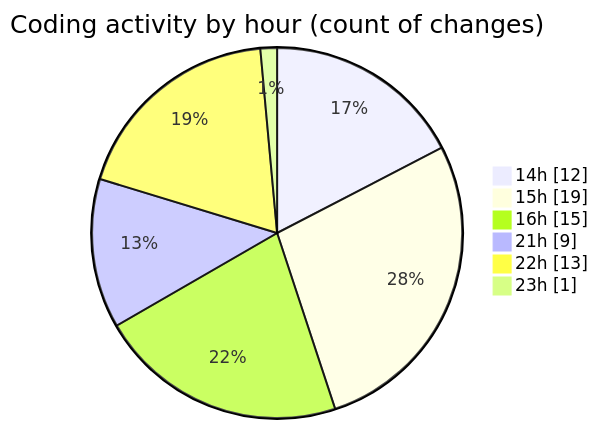
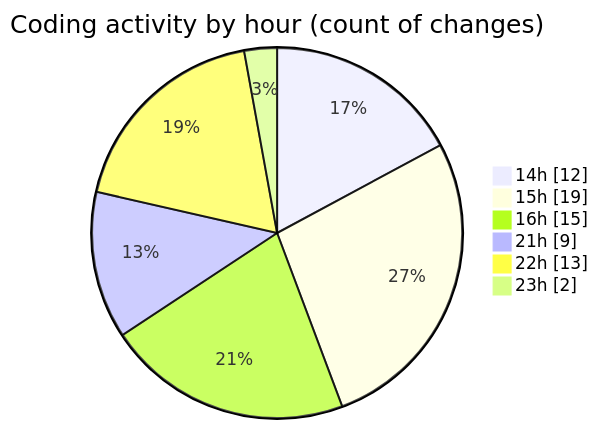
The second of 2 diagrams in 2025-08-10/rentotp/README.md (lephambinh05/code-tracking), drawn with Mermaid before and after one commit. The commit also changed other lines of this file and 1 other file, not shown here.

````diff
--- a/2025-08-10/rentotp/README.md
+++ b/2025-08-10/rentotp/README.md
@@ -39,10 +40,10 @@
 ```mermaid
 pie showData
 title Coding activity by hour (count of changes)
 "14h" : 12
 "15h" : 19
 "16h" : 15
 "21h" : 9
 "22h" : 13
-"23h" : 1
+"23h" : 2
 ```
````
